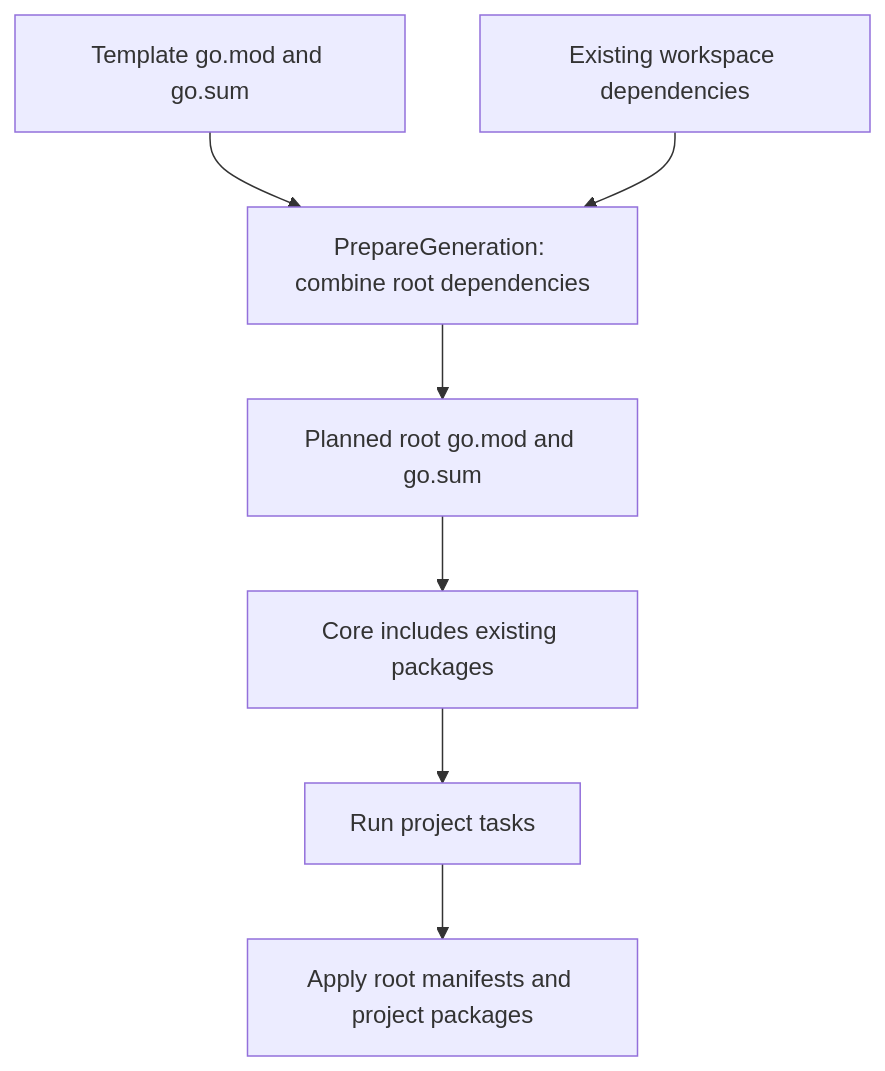
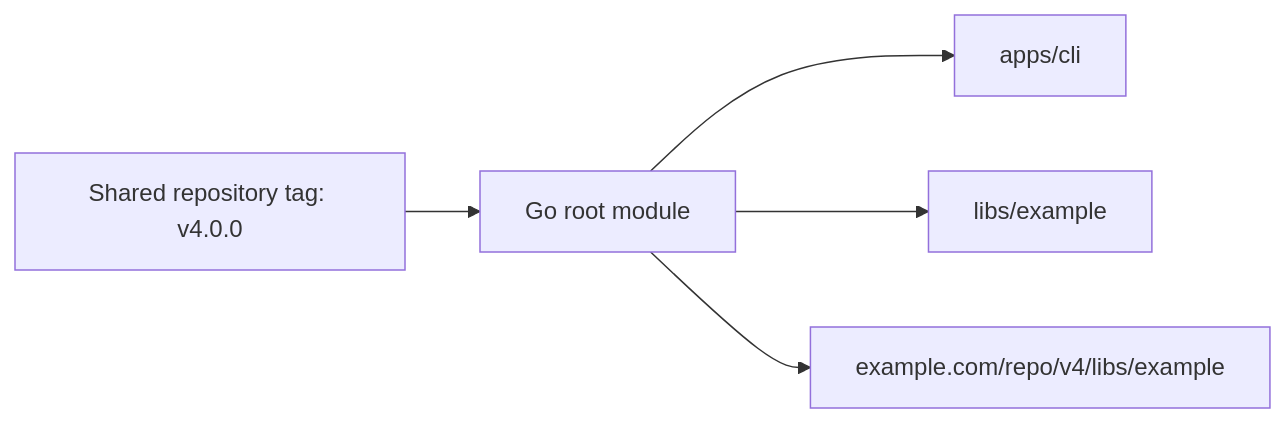
The third of 4 diagrams in docs/modules/package-manager.md (cloudvoyant/premise), drawn with Mermaid before and after one commit. The commit also changed other lines of this file and 18 other files, not shown here.

````diff
--- a/docs/modules/package-manager.md
+++ b/docs/modules/package-manager.md
@@ -130,9 +80,7 @@
 ```mermaid
-flowchart TD
-    Template["Template go.mod and go.sum"] --> Merge["PrepareGeneration: combine root dependencies"]
-    Existing["Existing workspace dependencies"] --> Merge
-    Merge --> Root["Planned root go.mod and go.sum"]
-    Root --> Candidate["Core includes existing packages"]
-    Candidate --> Checks["Run project tasks"]
-    Checks --> Apply["Apply root manifests and project packages"]
+flowchart LR
+    Root["Go root module"] --> App["apps/cli"]
+    Root --> Lib["libs/example"]
+    Tag["Shared repository tag: v4.0.0"] --> Root
+    Root --> Import["example.com/repo/v4/libs/example"]
 ```
````
